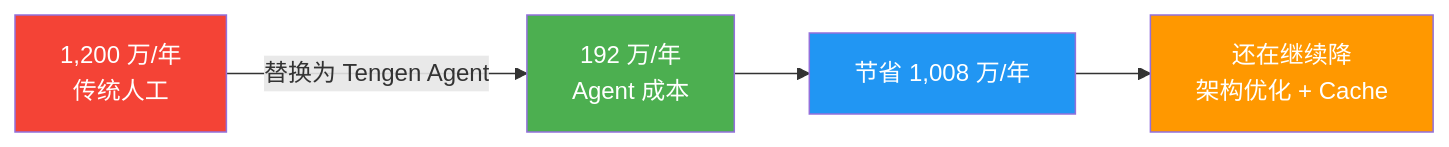
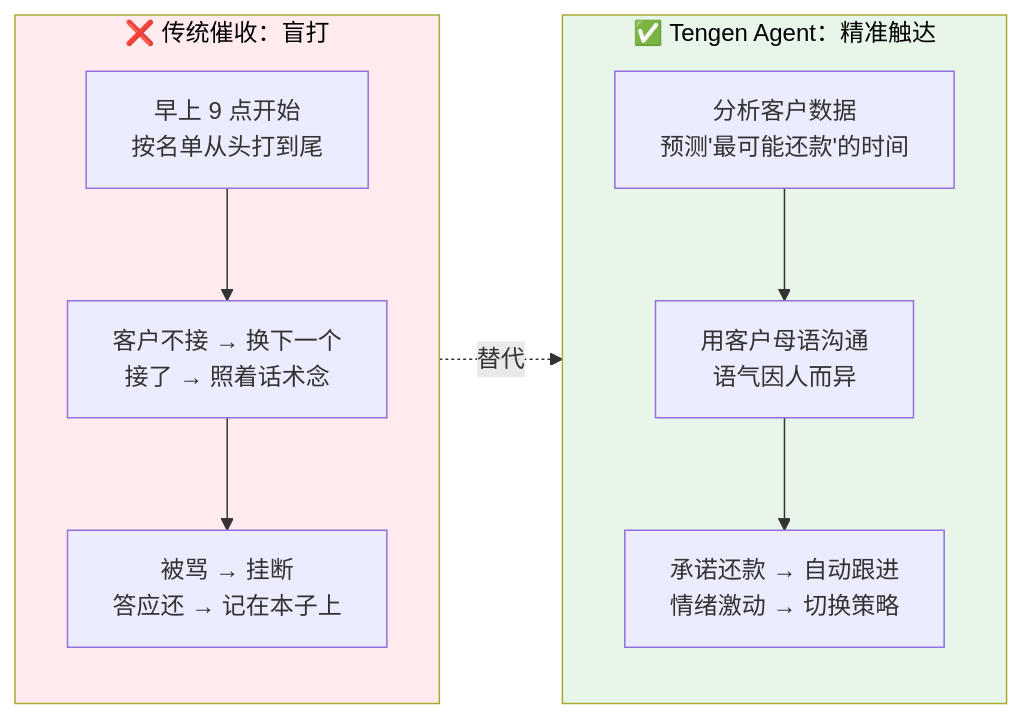
The sixth of 10 diagrams in docs/VC_TENGEN_AI.md (CodePothunter/lingque), drawn with Mermaid before and after one commit. The commit also changed other lines of this file, not shown here.

First line of the commit message:
docs: 重写 eKYC 和催收案例，差异化 mermaid 图表

````diff
--- a/docs/VC_TENGEN_AI.md
+++ b/docs/VC_TENGEN_AI.md
@@ -360,11 +333,23 @@
 ```mermaid
 flowchart LR
-    A["1,200 万/年<br/>传统人工"] -->|"替换为 Tengen Agent"| B["192 万/年<br/>Agent 成本"]
-    B --> C["节省 1,008 万/年"]
-    C --> D["还在继续降<br/>架构优化 + Cache"]
+    subgraph BEFORE["❌ 传统催收：盲打"]
+        direction TB
+        B1["早上 9 点开始<br/>按名单从头打到尾"]
+        B2["客户不接 → 换下一个<br/>接了 → 照着话术念"]
+        B3["被骂 → 挂断<br/>答应还 → 记在本子上"]
+        B1 --> B2 --> B3
+    end
 
-    style A fill:#f44336,color:#fff
-    style B fill:#4CAF50,color:#fff
-    style C fill:#2196F3,color:#fff
-    style D fill:#FF9800,color:#fff
+    subgraph AFTER["✅ Tengen Agent：精准触达"]
+        direction TB
+        A1["分析客户数据<br/>预测'最可能还款'的时间"]
+        A2["用客户母语沟通<br/>语气因人而异"]
+        A3["承诺还款 → 自动跟进<br/>情绪激动 → 切换策略"]
+        A1 --> A2 --> A3
+    end
+
+    BEFORE -.->|"替代"| AFTER
+
+    style BEFORE fill:#FFEBEE,color:#000
+    style AFTER fill:#E8F5E9,color:#000
 ```
````
